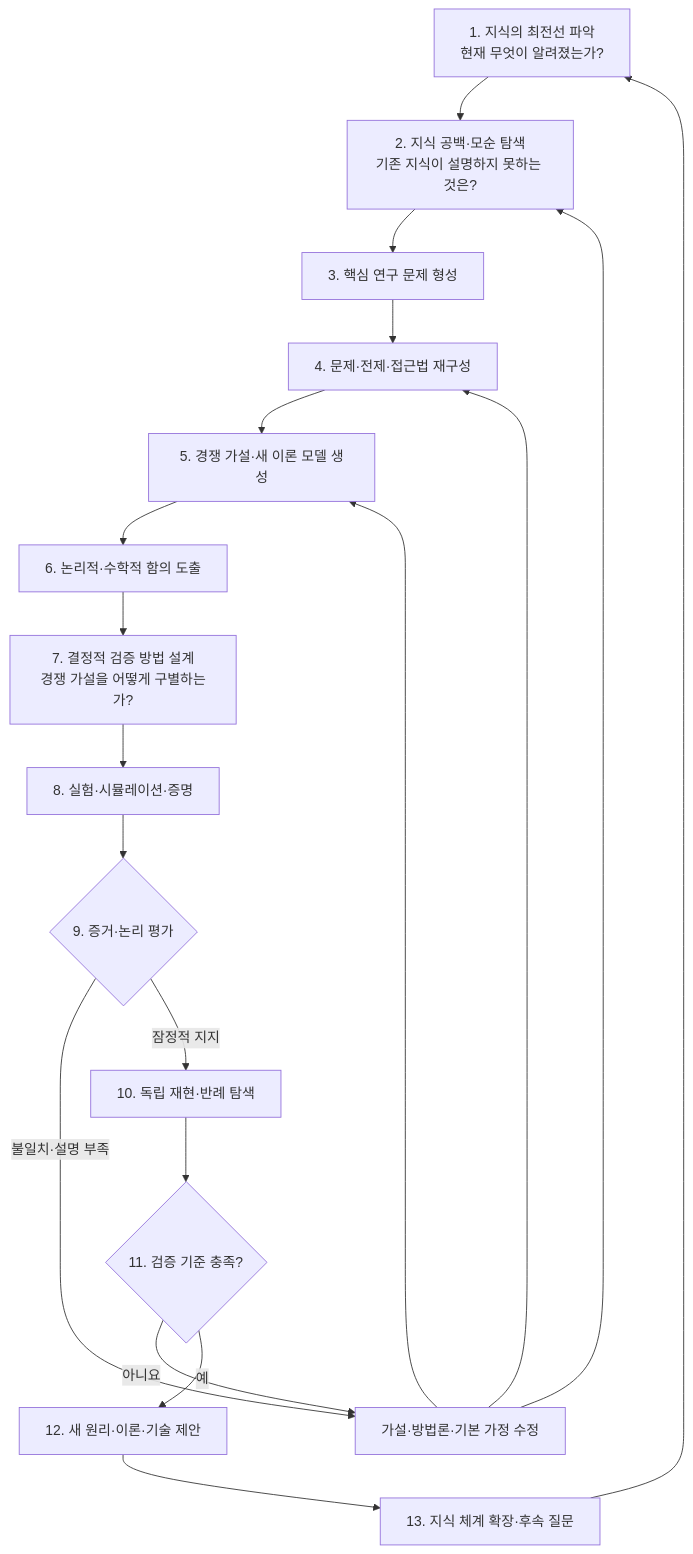
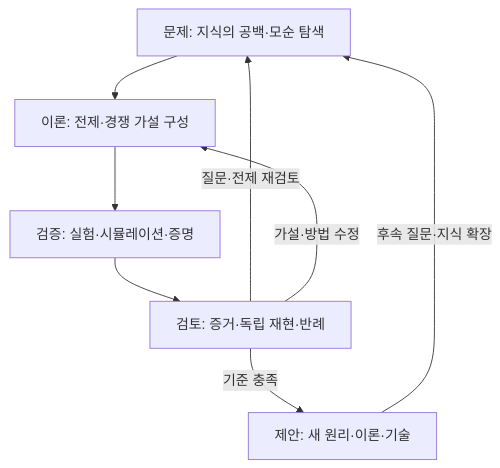
The fourth of 8 diagrams in docs/SPECIFICATION.md (Rmayana/frontier-research-harness), drawn with Mermaid before and after one commit. The commit also changed other lines of this file, not shown here.

````diff
--- a/docs/SPECIFICATION.md
+++ b/docs/SPECIFICATION.md
@@ -211,26 +200,14 @@
 ```mermaid
 flowchart TD
-    A["1. 지식의 최전선 파악<br/>현재 무엇이 알려졌는가?"]
-    B["2. 지식 공백·모순 탐색<br/>기존 지식이 설명하지 못하는 것은?"]
-    C["3. 핵심 연구 문제 형성"]
-    D["4. 문제·전제·접근법 재구성"]
-    E["5. 경쟁 가설·새 이론 모델 생성"]
-    F["6. 논리적·수학적 함의 도출"]
-    G["7. 결정적 검증 방법 설계<br/>경쟁 가설을 어떻게 구별하는가?"]
-    H["8. 실험·시뮬레이션·증명"]
-    I{"9. 증거·논리 평가"}
-    J["가설·방법론·기본 가정 수정"]
-    K["10. 독립 재현·반례 탐색"]
-    L{"11. 검증 기준 충족?"}
-    M["12. 새 원리·이론·기술 제안"]
-    N["13. 지식 체계 확장·후속 질문"]
+    A["문제: 지식의 공백·모순 탐색"]
+    B["이론: 전제·경쟁 가설 구성"]
+    C["검증: 실험·시뮬레이션·증명"]
+    D["검토: 증거·독립 재현·반례"]
+    E["제안: 새 원리·이론·기술"]
 
-    A --> B --> C --> D --> E --> F --> G --> H --> I
-    I -->|"불일치·설명 부족"| J
-    J --> B
-    J --> D
-    J --> E
-    I -->|"잠정적 지지"| K --> L
-    L -->|"아니요"| J
-    L -->|"예"| M --> N --> A
+    A --> B --> C --> D
+    D -->|"기준 충족"| E
+    D -->|"질문·전제 재검토"| A
+    D -->|"가설·방법 수정"| B
+    E -->|"후속 질문·지식 확장"| A
 ```
````
